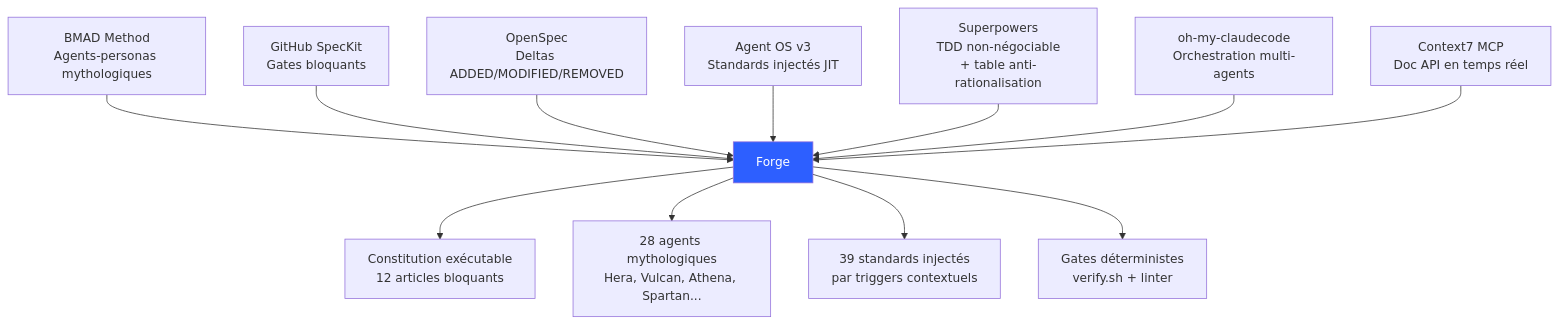
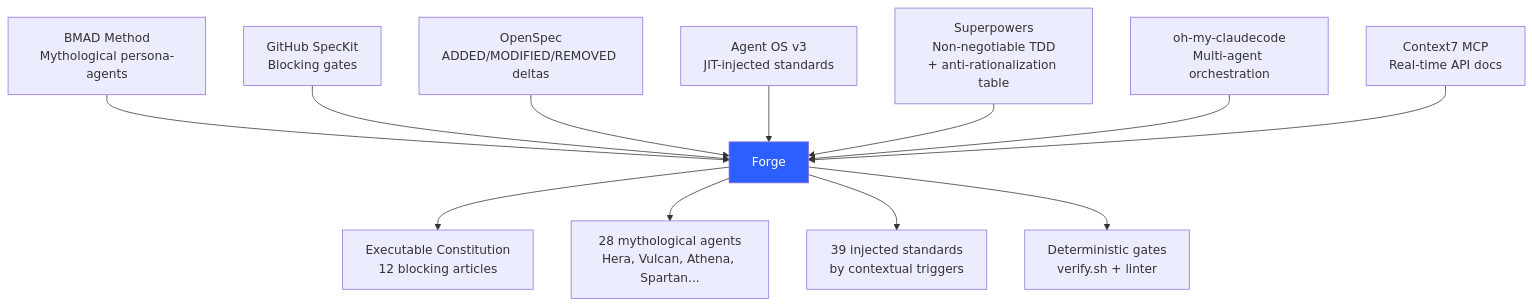
Before and after one commit to b-fontaine/forge: the first of 9 diagrams in docs/medium.md, drawn with Mermaid. The commit also changed other lines of this file and 8 other files, not shown here.

````diff
--- a/docs/medium.md
+++ b/docs/medium.md
@@ -39,25 +39,25 @@
 ```mermaid
 graph TD
-    BMAD[BMAD Method<br/>Agents-personas mythologiques]
-    SPECKIT[GitHub SpecKit<br/>Gates bloquants]
-    OPENSPEC[OpenSpec<br/>Deltas ADDED/MODIFIED/REMOVED]
-    AGENTOS[Agent OS v3<br/>Standards injectés JIT]
-    SUPERPOWERS[Superpowers<br/>TDD non-négociable<br/>+ table anti-rationalisation]
-    OMC[oh-my-claudecode<br/>Orchestration multi-agents]
-    CONTEXT7[Context7 MCP<br/>Doc API en temps réel]
+    BMAD[BMAD Method<br/>Mythological persona-agents]
+    SPECKIT[GitHub SpecKit<br/>Blocking gates]
+    OPENSPEC[OpenSpec<br/>ADDED/MODIFIED/REMOVED deltas]
+    AGENTOS[Agent OS v3<br/>JIT-injected standards]
+    SUPERPOWERS[Superpowers<br/>Non-negotiable TDD<br/>+ anti-rationalization table]
+    OMC[oh-my-claudecode<br/>Multi-agent orchestration]
+    CONTEXT7[Context7 MCP<br/>Real-time API docs]
 
     BMAD --> FORGE[Forge]
     SPECKIT --> FORGE
     OPENSPEC --> FORGE
     AGENTOS --> FORGE
     SUPERPOWERS --> FORGE
     OMC --> FORGE
     CONTEXT7 --> FORGE
 
-    FORGE --> CONST[Constitution exécutable<br/>12 articles bloquants]
-    FORGE --> AGENTS[28 agents mythologiques<br/>Hera, Vulcan, Athena, Spartan...]
-    FORGE --> STD[39 standards injectés<br/>par triggers contextuels]
-    FORGE --> GATES[Gates déterministes<br/>verify.sh + linter]
+    FORGE --> CONST[Executable Constitution<br/>12 blocking articles]
+    FORGE --> AGENTS[28 mythological agents<br/>Hera, Vulcan, Athena, Spartan...]
+    FORGE --> STD[39 injected standards<br/>by contextual triggers]
+    FORGE --> GATES[Deterministic gates<br/>verify.sh + linter]
 
     style FORGE fill:#2d5fff,color:#fff
 ```
````
